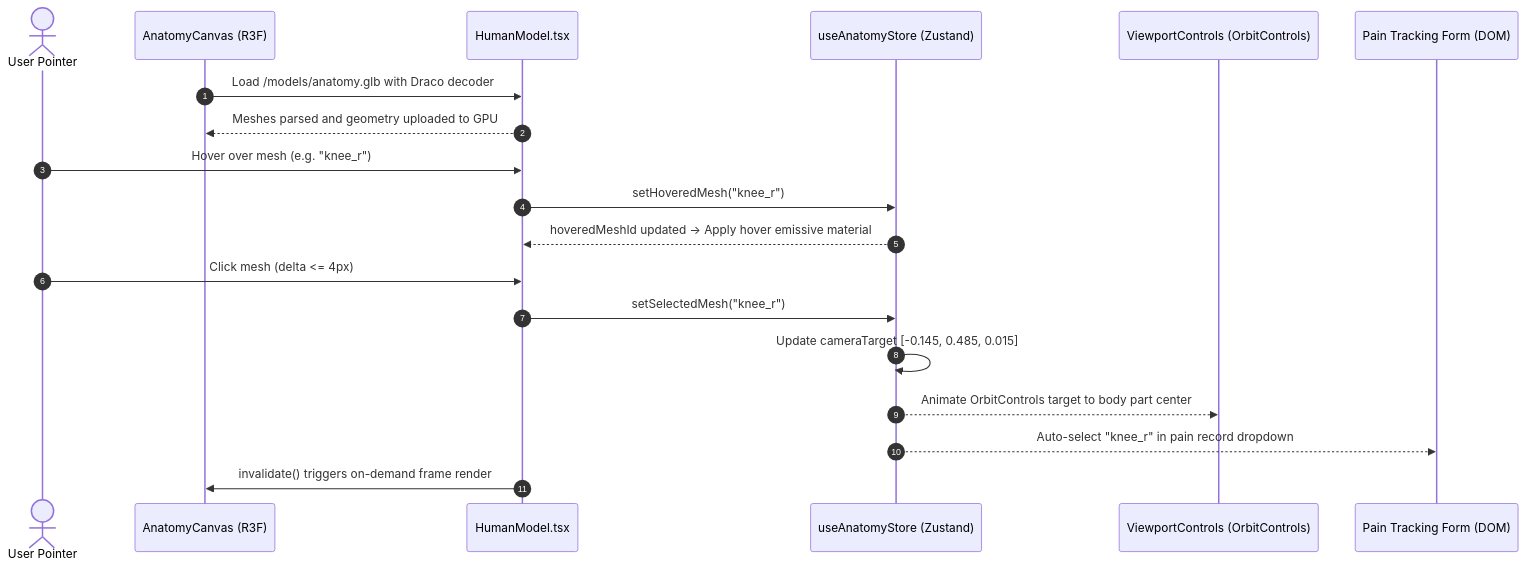
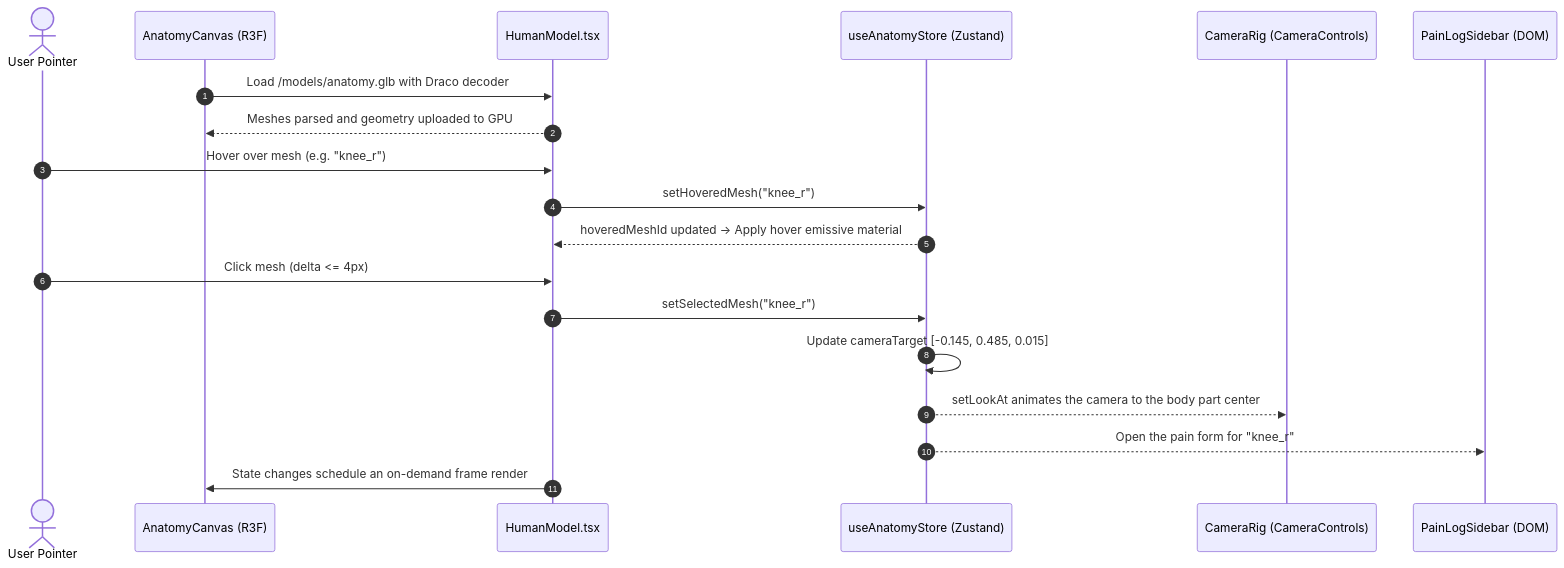
One commit to ttrotta/witp changed the third of 4 diagrams in docs/ARCHITECTURE.md. Above: the diagram before and after it, drawn with Mermaid. The commit also changed other lines of this file and 4 other files, not shown here.

````diff
--- a/docs/ARCHITECTURE.md
+++ b/docs/ARCHITECTURE.md
@@ -267,22 +269,22 @@
 ```mermaid
 sequenceDiagram
     autonumber
     actor User as User Pointer
     participant Canvas as AnatomyCanvas (R3F)
     participant Model as HumanModel.tsx
     participant Store as useAnatomyStore (Zustand)
-    participant Controls as ViewportControls (OrbitControls)
-    participant PainForm as Pain Tracking Form (DOM)
+    participant Controls as CameraRig (CameraControls)
+    participant PainForm as PainLogSidebar (DOM)
 
     Canvas->>Model: Load /models/anatomy.glb with Draco decoder
     Model-->>Canvas: Meshes parsed and geometry uploaded to GPU
     User->>Model: Hover over mesh (e.g. "knee_r")
     Model->>Store: setHoveredMesh("knee_r")
     Store-->>Model: hoveredMeshId updated -> Apply hover emissive material
     User->>Model: Click mesh (delta <= 4px)
     Model->>Store: setSelectedMesh("knee_r")
     Store->>Store: Update cameraTarget [-0.145, 0.485, 0.015]
-    Store-->>Controls: Animate OrbitControls target to body part center
-    Store-->>PainForm: Auto-select "knee_r" in pain record dropdown
-    Model->>Canvas: invalidate() triggers on-demand frame render
+    Store-->>Controls: setLookAt animates the camera to the body part center
+    Store-->>PainForm: Open the pain form for "knee_r"
+    Model->>Canvas: State changes schedule an on-demand frame render
 ```
````
